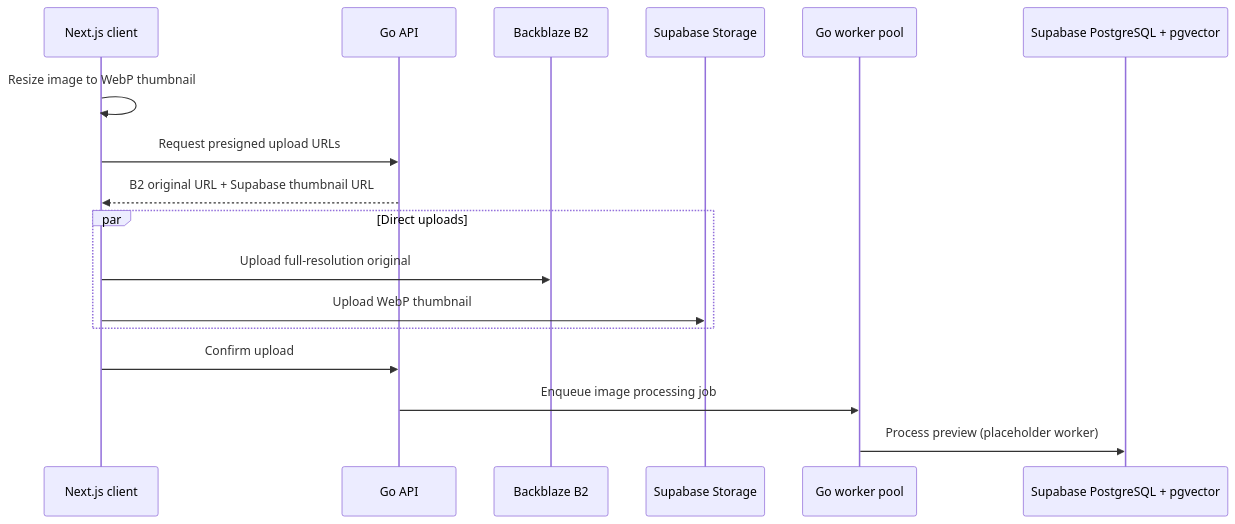
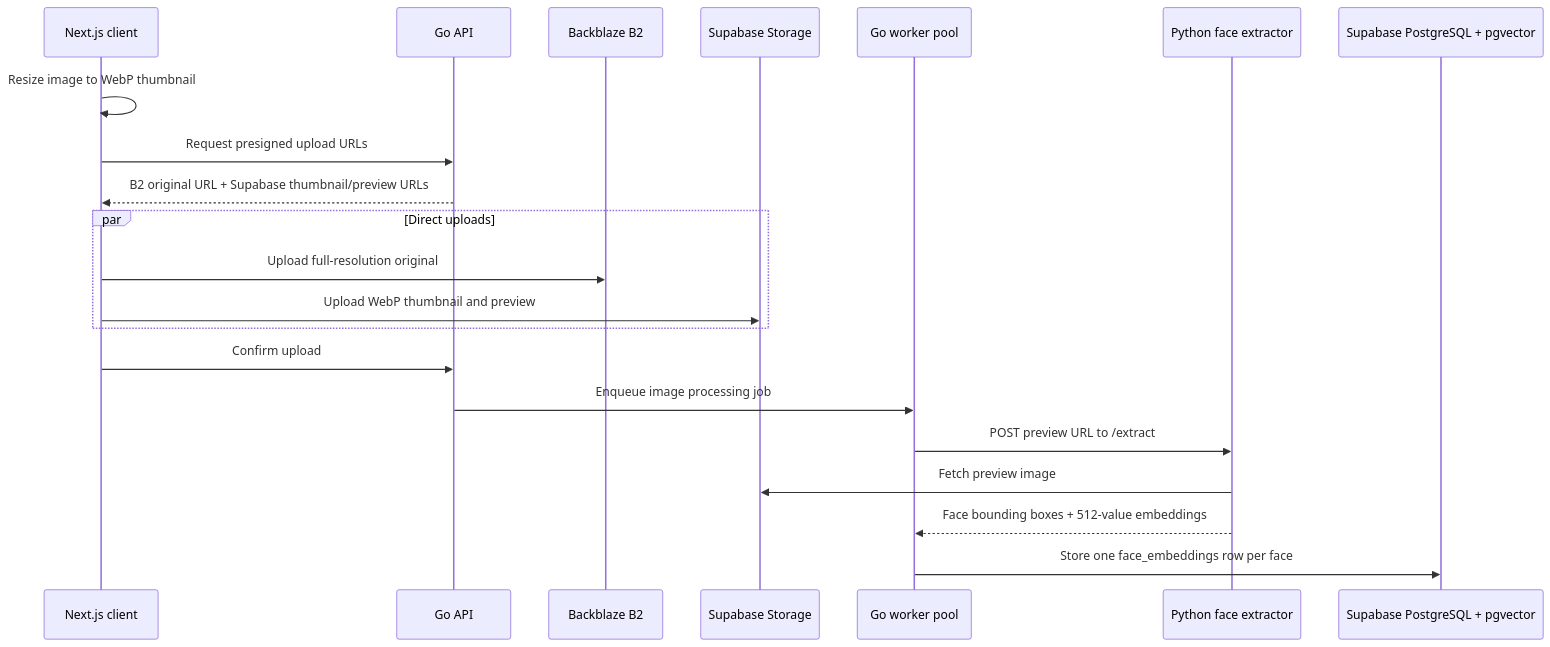
Before and after one commit to feastyr69/pickme: the diagram in README.md, drawn with Mermaid. The commit also changed other lines of this file and 11 other files, not shown here.

Commit message:
feat: integrate face extraction functionality with Python service and update database handling for face embeddings

````diff
--- a/README.md
+++ b/README.md
@@ -15,19 +15,23 @@
 ```mermaid
 sequenceDiagram
     participant C as Next.js client
     participant API as Go API
     participant B2 as Backblaze B2
     participant S as Supabase Storage
     participant W as Go worker pool
+    participant AI as Python face extractor
     participant DB as Supabase PostgreSQL + pgvector
     C->>C: Resize image to WebP thumbnail
     C->>API: Request presigned upload URLs
-    API-->>C: B2 original URL + Supabase thumbnail URL
+    API-->>C: B2 original URL + Supabase thumbnail/preview URLs
     par Direct uploads
         C->>B2: Upload full-resolution original
-        C->>S: Upload WebP thumbnail
+        C->>S: Upload WebP thumbnail and preview
     end
     C->>API: Confirm upload
     API->>W: Enqueue image processing job
-    W->>DB: Process preview (placeholder worker)
+    W->>AI: POST preview URL to /extract
+    AI->>S: Fetch preview image
+    AI-->>W: Face bounding boxes + 512-value embeddings
+    W->>DB: Store one face_embeddings row per face
 ```
````
